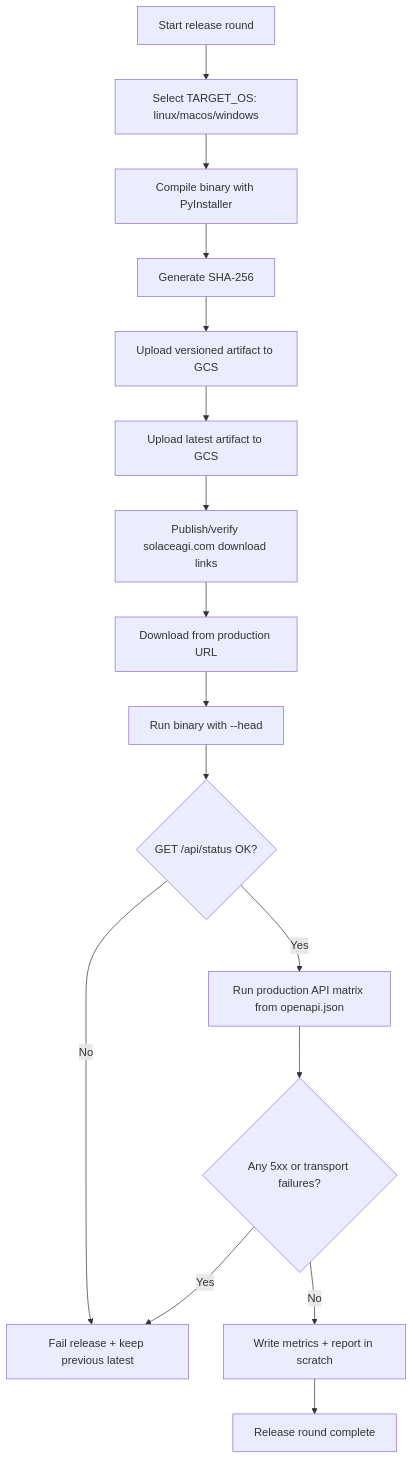
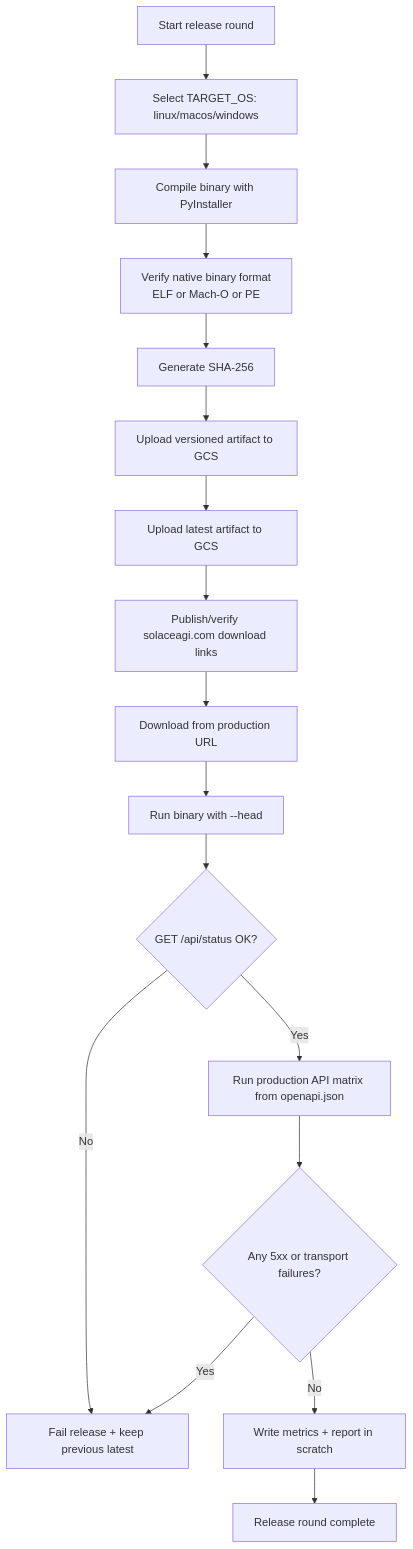
Before and after one commit to phuctruong/solace-browser: the diagram in src/diagrams/19-browser-release-loop.md, drawn with Mermaid. The commit also changed other lines of this file and 3 other files, not shown here.

Commit message:
Enforce native binary headers before release upload

````diff
--- a/src/diagrams/19-browser-release-loop.md
+++ b/src/diagrams/19-browser-release-loop.md
@@ -3,18 +3,19 @@
 ```mermaid
 flowchart TD
     START[Start release round] --> TARGET[Select TARGET_OS: linux/macos/windows]
     TARGET --> BUILD[Compile binary with PyInstaller]
-    BUILD --> HASH[Generate SHA-256]
+    BUILD --> TYPE[Verify native binary format<br/>ELF or Mach-O or PE]
+    TYPE --> HASH[Generate SHA-256]
     HASH --> UP_V[Upload versioned artifact to GCS]
     UP_V --> UP_L[Upload latest artifact to GCS]
     UP_L --> LINK[Publish/verify solaceagi.com download links]
     LINK --> DL[Download from production URL]
     DL --> SMOKE[Run binary with --head]
     SMOKE --> STATUS{GET /api/status OK?}
     STATUS -->|No| FAIL[Fail release + keep previous latest]
     STATUS -->|Yes| MATRIX[Run production API matrix from openapi.json]
     MATRIX --> API_OK{Any 5xx or transport failures?}
     API_OK -->|Yes| FAIL
     API_OK -->|No| REPORT[Write metrics + report in scratch]
     REPORT --> DONE[Release round complete]
 ```
````
